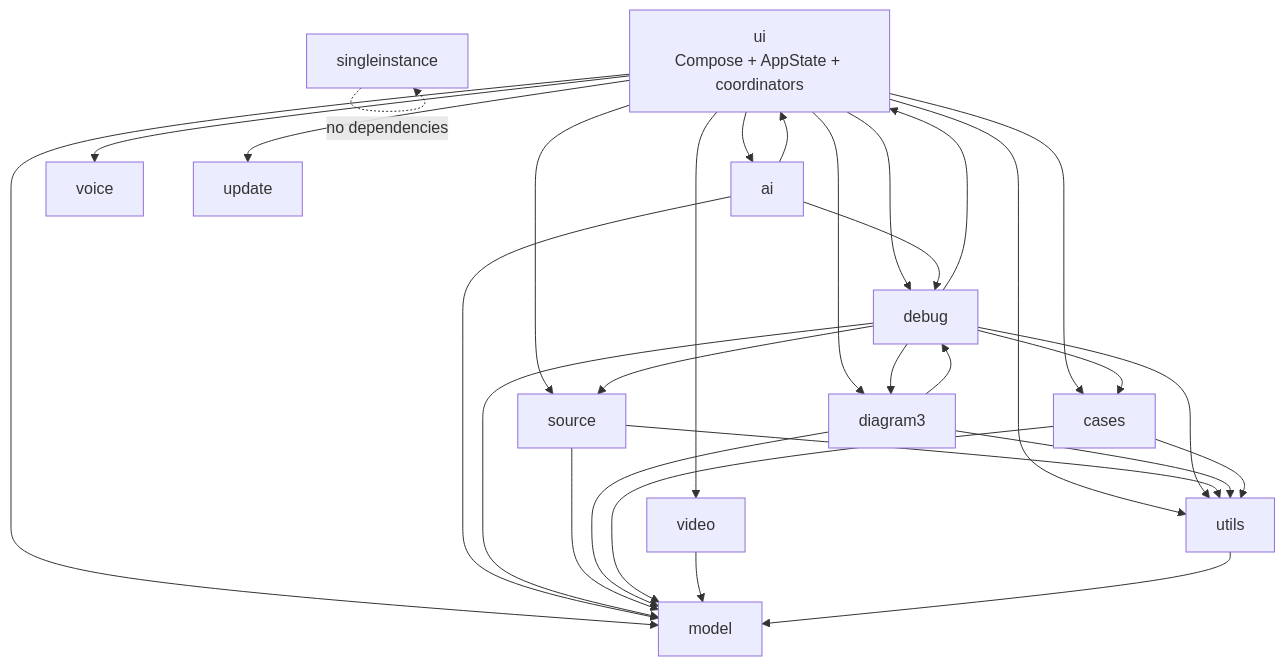
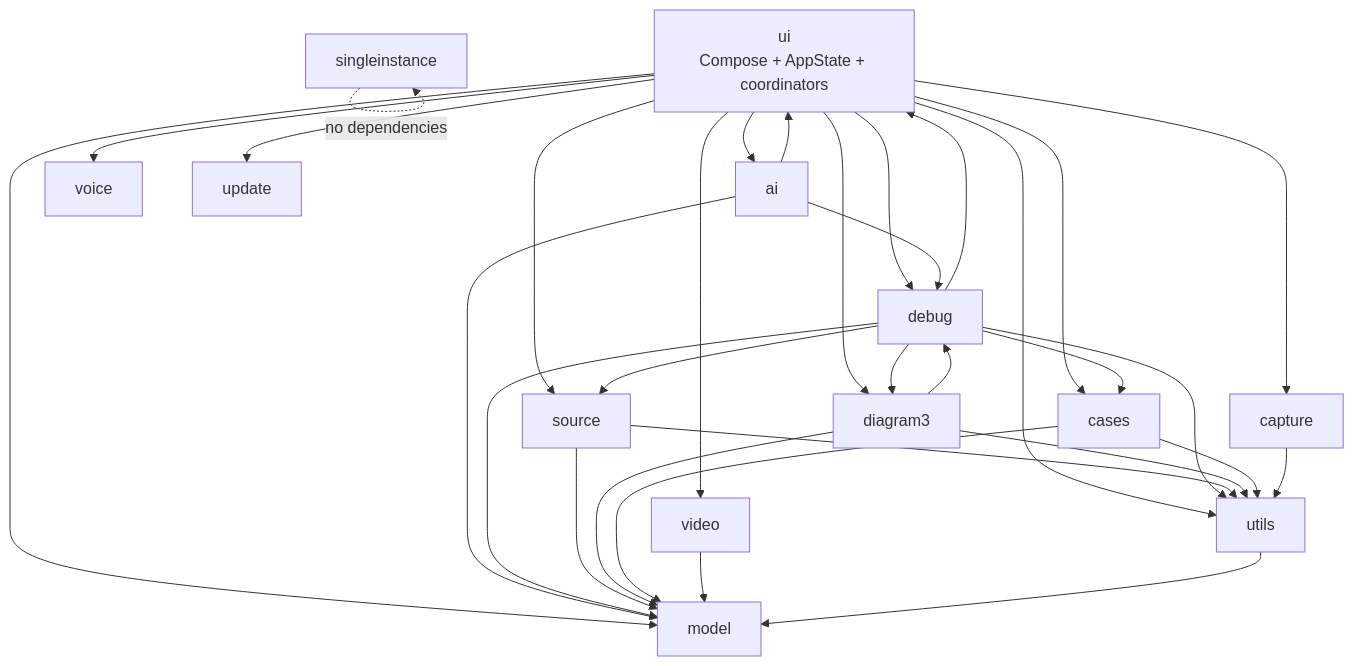
One commit to indagium/indagium changed the third of 14 diagrams in docs/SAAD.md. Above: the diagram before and after it, drawn with Mermaid. The commit also changed other lines of this file and 28 other files, not shown here.

````diff
--- a/docs/SAAD.md
+++ b/docs/SAAD.md
@@ -397,49 +424,52 @@
 ```mermaid
 flowchart TB
     ui["ui<br/>Compose + AppState + coordinators"]
     ai["ai"]
     debug["debug"]
     source["source"]
     diagram3["diagram3"]
     cases["cases"]
     utils["utils"]
     model["model"]
     video["video"]
     voice["voice"]
     update["update"]
     single["singleinstance"]
+    capture["capture"]
 
     ui --> ai
     ui --> debug
     ui --> source
     ui --> diagram3
     ui --> cases
     ui --> utils
     ui --> model
     ui --> video
     ui --> voice
     ui --> update
+    ui --> capture
 
     ai --> debug
     ai --> ui
     ai --> model
 
     debug --> ui
     debug --> utils
     debug --> model
     debug --> cases
     debug --> source
     debug --> diagram3
 
     source --> utils
     source --> model
     diagram3 --> utils
     diagram3 --> model
     diagram3 --> debug
     cases --> utils
     cases --> model
     video --> model
+    capture --> utils
     utils --> model
 
     single -.->|"no dependencies"| single
 ```
````
